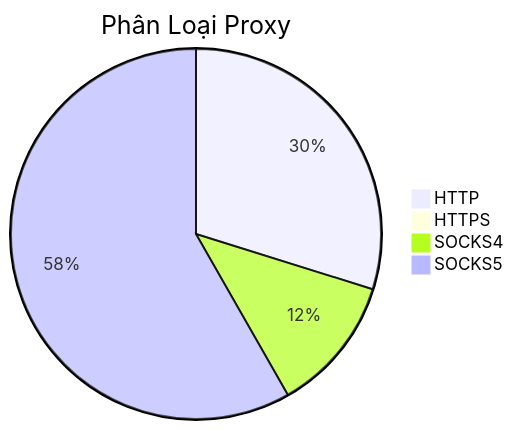
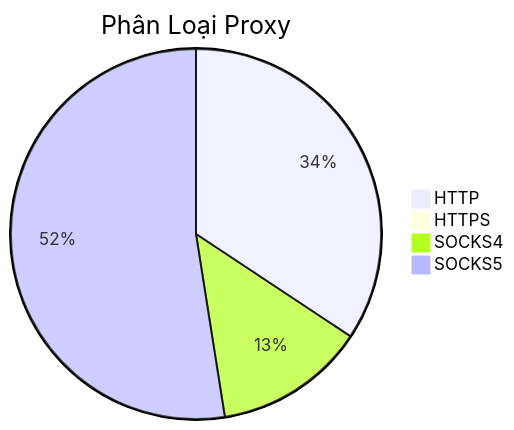
The diagram in README.md (Ciara-Aa/PROXY-free), drawn with Mermaid before and after one commit. The commit also changed other lines of this file and 4 other files, not shown here.

````diff
--- a/README.md
+++ b/README.md
@@ -26,7 +26,7 @@
 ```mermaid
 pie title Phân Loại Proxy
-    "HTTP" : 753
+    "HTTP" : 757
     "HTTPS" : 5
-    "SOCKS4" : 301
-    "SOCKS5" : 1471
+    "SOCKS4" : 291
+    "SOCKS5" : 1158
 ```
````
